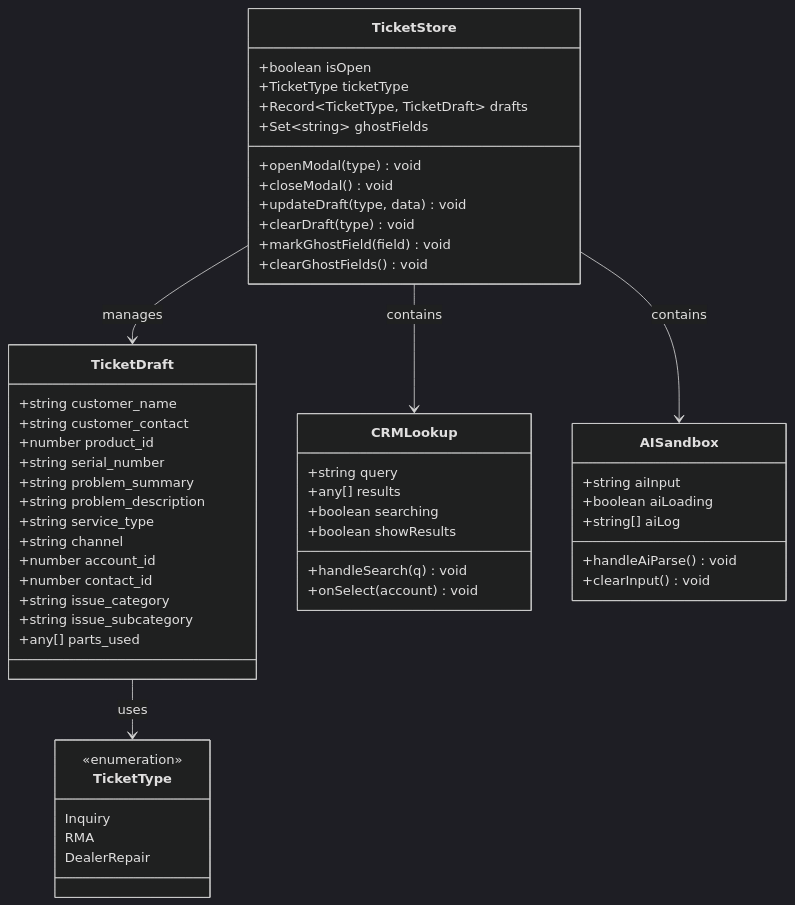
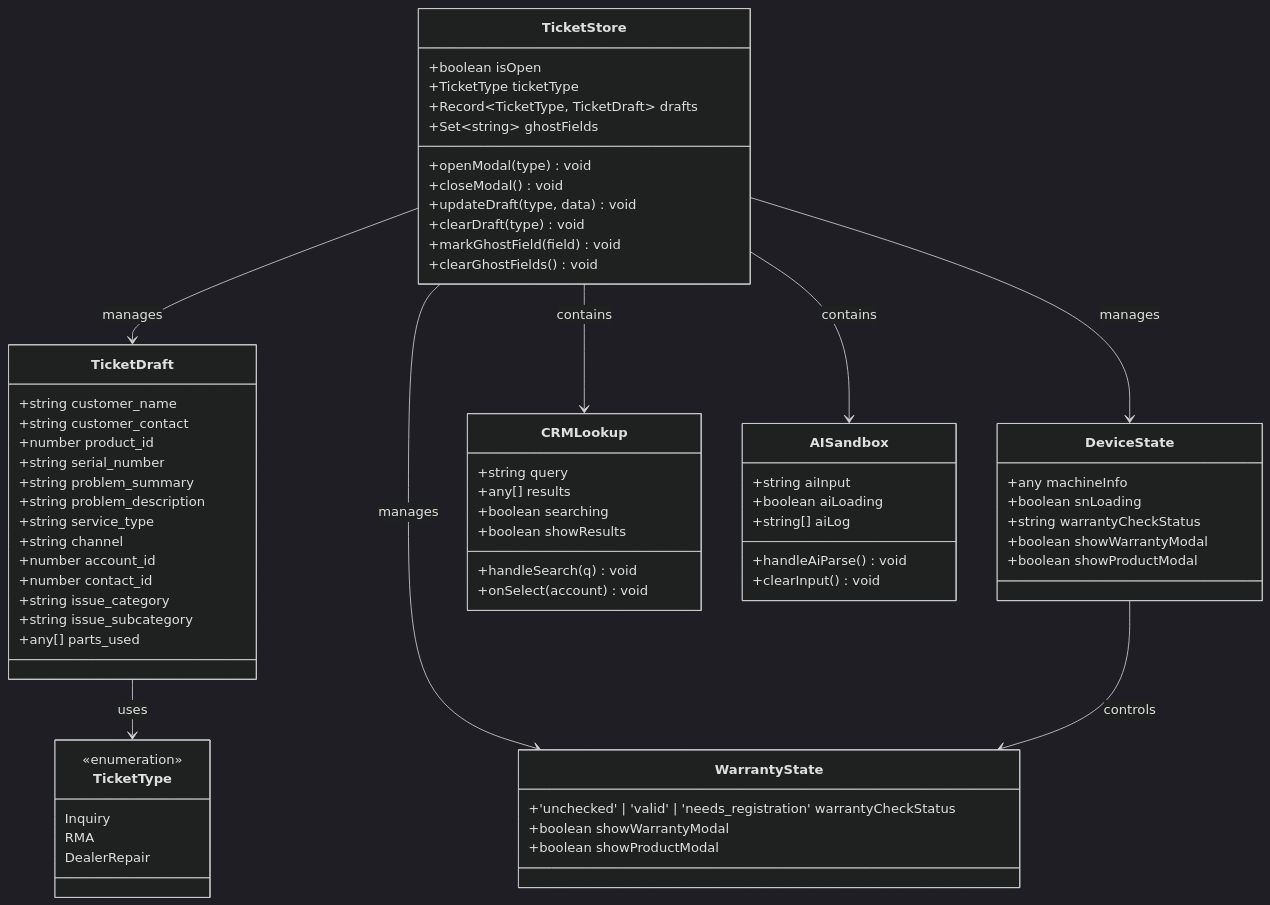
Before and after one commit to CubeEdge/Longhorn: the third of 35 diagrams in .qoder/repowiki/zh/content/TicketCreationModal 工单创建模态框.md, drawn with Mermaid (dark theme). The commit also changed other lines of this file and 47 other files, not shown here.

````diff
--- a/.qoder/repowiki/zh/content/TicketCreationModal 工单创建模态框.md
+++ b/.qoder/repowiki/zh/content/TicketCreationModal 工单创建模态框.md
@@ -266,55 +331,70 @@
 ```mermaid
 classDiagram
 class TicketStore {
 +boolean isOpen
 +TicketType ticketType
 +Record~TicketType, TicketDraft~ drafts
 +Set~string~ ghostFields
 +openModal(type) void
 +closeModal() void
 +updateDraft(type, data) void
 +clearDraft(type) void
 +markGhostField(field) void
 +clearGhostFields() void
 }
 class TicketDraft {
 +string customer_name
 +string customer_contact
 +number product_id
 +string serial_number
 +string problem_summary
 +string problem_description
 +string service_type
 +string channel
 +number account_id
 +number contact_id
 +string issue_category
 +string issue_subcategory
 +any[] parts_used
 }
 class TicketType {
 <<enumeration>>
 Inquiry
 RMA
 DealerRepair
 }
+class DeviceState {
++any machineInfo
++boolean snLoading
++string warrantyCheckStatus
++boolean showWarrantyModal
++boolean showProductModal
+}
 class CRMLookup {
 +string query
 +any[] results
 +boolean searching
 +boolean showResults
 +handleSearch(q) void
 +onSelect(account) void
 }
 class AISandbox {
 +string aiInput
 +boolean aiLoading
 +string[] aiLog
 +handleAiParse() void
 +clearInput() void
 }
+class WarrantyState {
++'unchecked' | 'valid' | 'needs_registration' warrantyCheckStatus
++boolean showWarrantyModal
++boolean showProductModal
+}
 TicketStore --> TicketDraft : manages
 TicketStore --> CRMLookup : contains
 TicketStore --> AISandbox : contains
+TicketStore --> DeviceState : manages
+TicketStore --> WarrantyState : manages
 TicketDraft --> TicketType : uses
+DeviceState --> WarrantyState : controls
 ```
````
